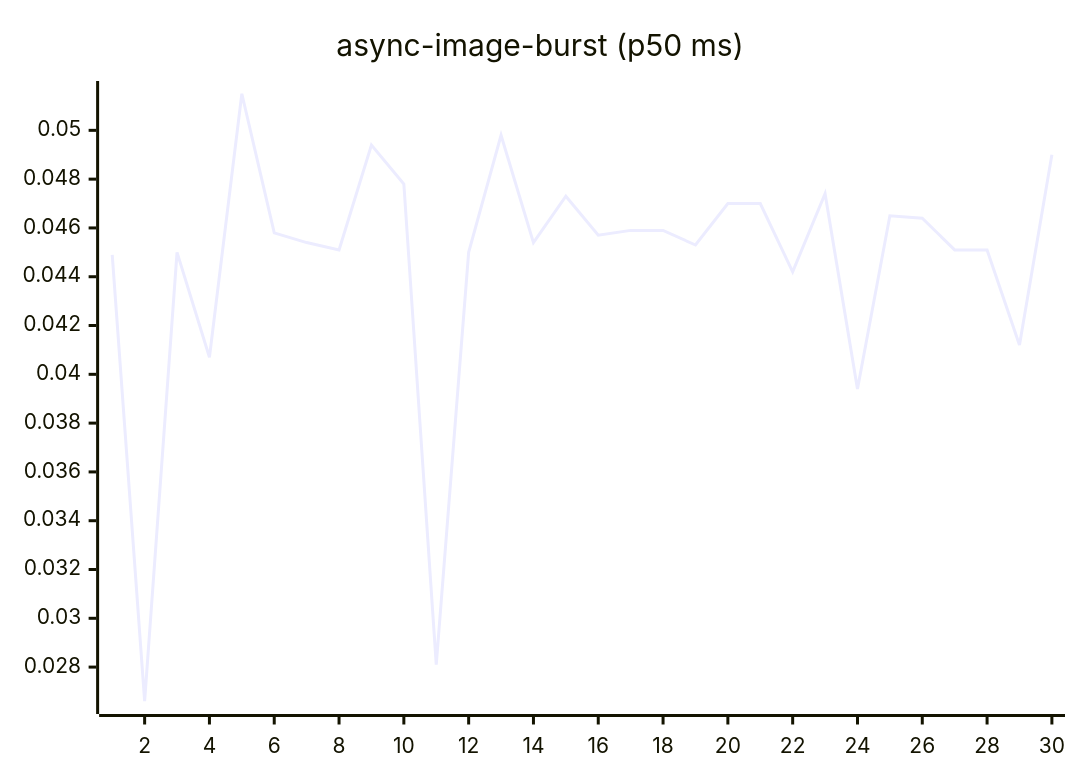
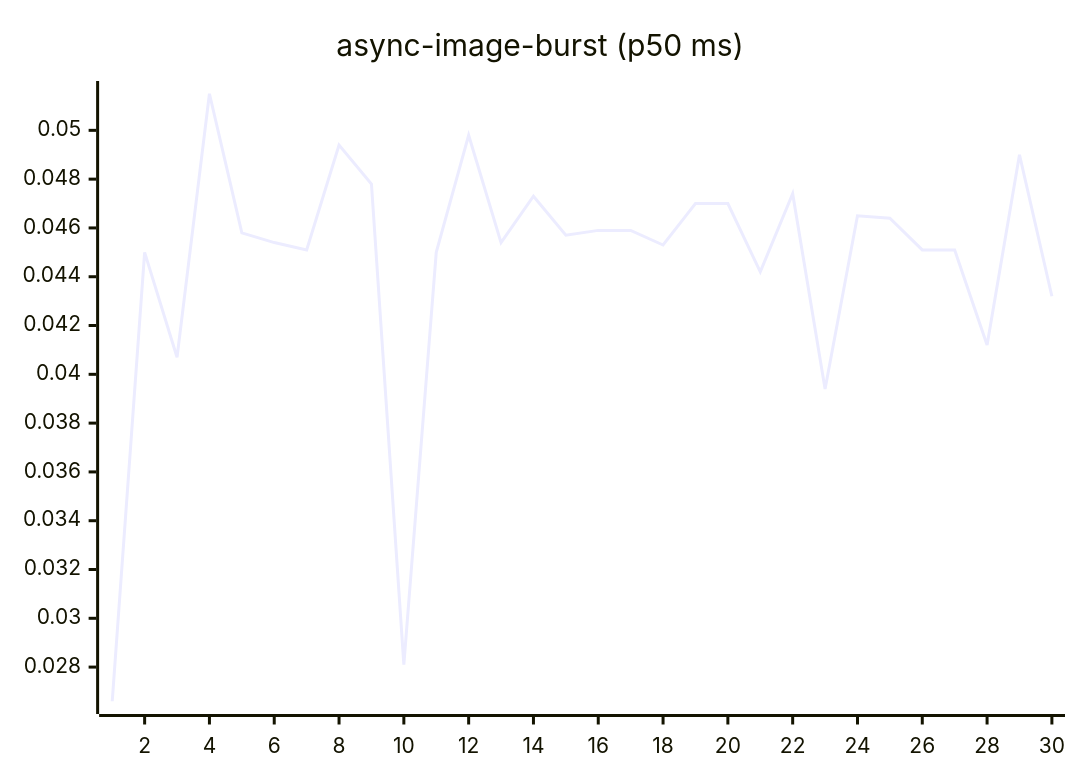
Before and after one commit to josha/Facet: the fourth of 27 diagrams in README.md, drawn with Mermaid. The commit also changed other lines of this file and 2 other files, not shown here.

````diff
--- a/README.md
+++ b/README.md
@@ -84,6 +84,6 @@
 ```mermaid
 xychart-beta
     title "async-image-burst (p50 ms)"
     x-axis 1 --> 30
-    line [0.0449, 0.0266, 0.0450, 0.0407, 0.0515, 0.0458, 0.0454, 0.0451, 0.0494, 0.0478, 0.0281, 0.0450, 0.0498, 0.0454, 0.0473, 0.0457, 0.0459, 0.0459, 0.0453, 0.0470, 0.0470, 0.0442, 0.0474, 0.0394, 0.0465, 0.0464, 0.0451, 0.0451, 0.0412, 0.0490]
+    line [0.0266, 0.0450, 0.0407, 0.0515, 0.0458, 0.0454, 0.0451, 0.0494, 0.0478, 0.0281, 0.0450, 0.0498, 0.0454, 0.0473, 0.0457, 0.0459, 0.0459, 0.0453, 0.0470, 0.0470, 0.0442, 0.0474, 0.0394, 0.0465, 0.0464, 0.0451, 0.0451, 0.0412, 0.0490, 0.0432]
 ```
````
